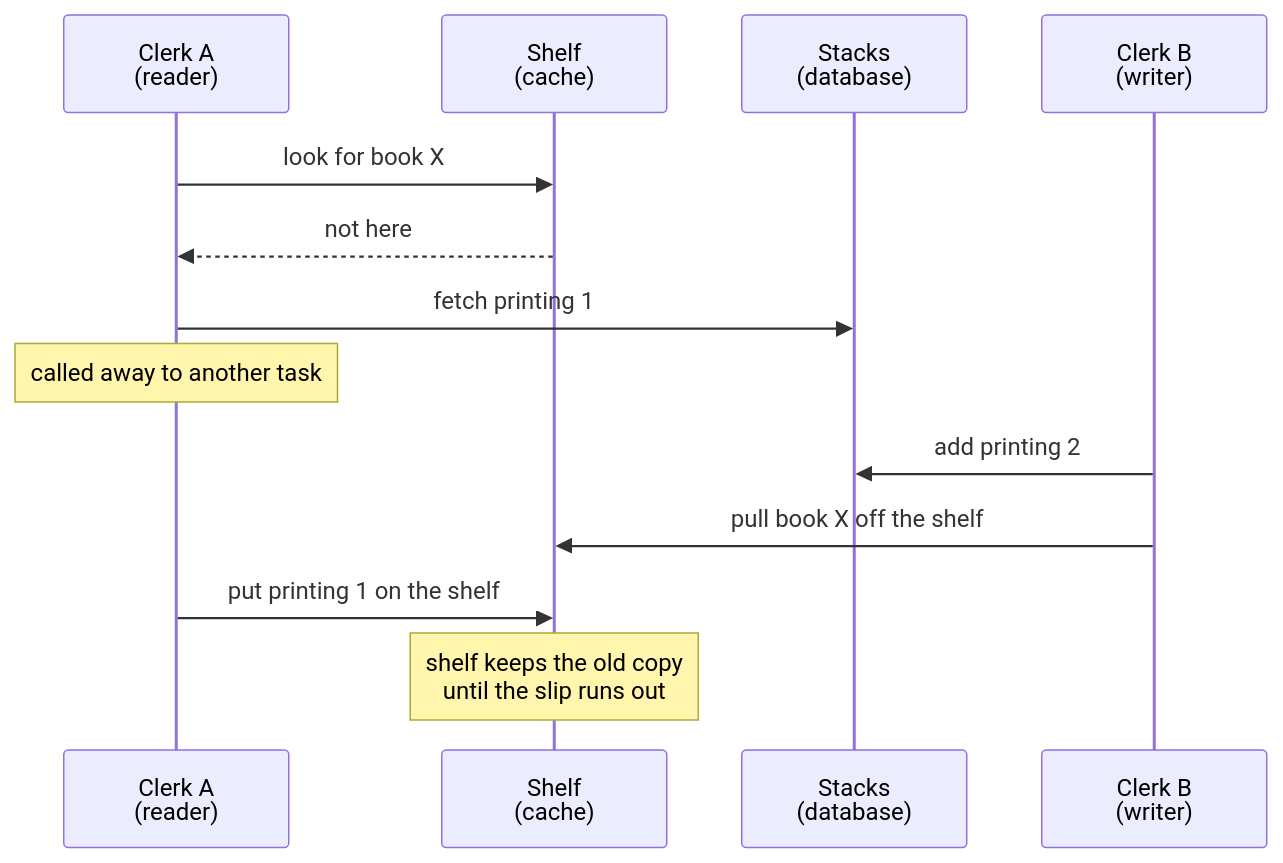
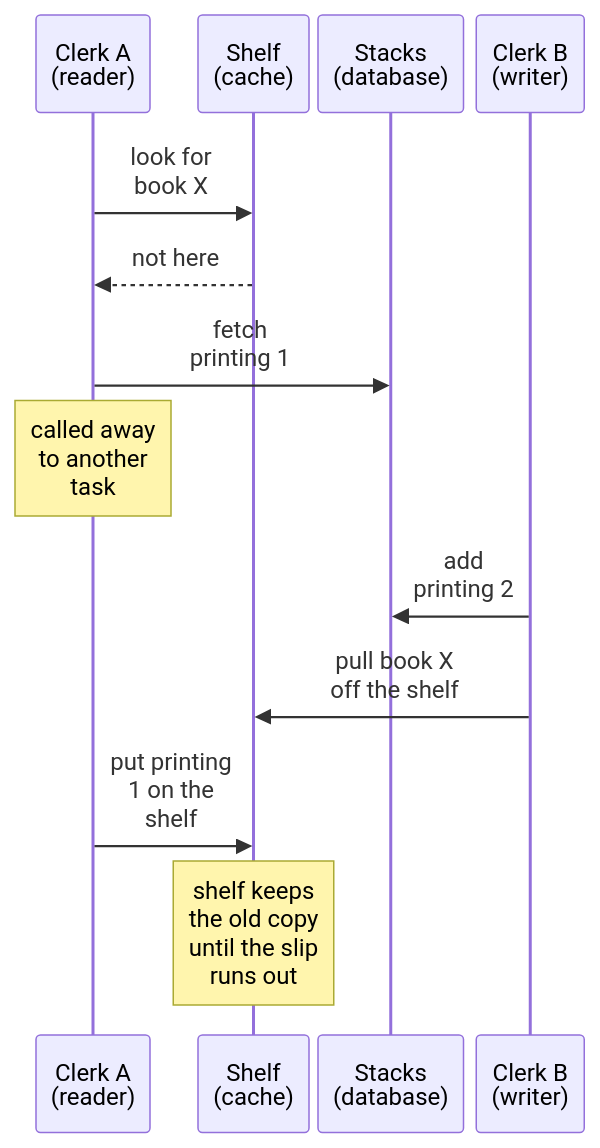
The diagram in content/en/posts/2026-11-22-caching-invalidation.md (duongbui234/software-engineering-atlas), drawn with Mermaid before and after one commit. The commit also changed 134 other files, not shown here.

First line of the commit message:
Fit every Mermaid diagram at 390px without sideways scroll (#56)

````diff
--- a/content/en/posts/2026-11-22-caching-invalidation.md
+++ b/content/en/posts/2026-11-22-caching-invalidation.md
@@ -53,15 +53,16 @@
 ```mermaid
+%%{init: {"sequence": {"width": 60, "actorMargin": 6, "diagramMarginX": 4}}}%%
 sequenceDiagram
     participant R as Clerk A<br/>(reader)
     participant G as Shelf<br/>(cache)
     participant K as Stacks<br/>(database)
     participant W as Clerk B<br/>(writer)
-    R->>G: look for book X
+    R->>G: look for<br/>book X
     G-->>R: not here
-    R->>K: fetch printing 1
-    Note over R: called away to another task
-    W->>K: add printing 2
-    W->>G: pull book X off the shelf
-    R->>G: put printing 1 on the shelf
-    Note over G: shelf keeps the old copy<br/>until the slip runs out
+    R->>K: fetch<br/>printing 1
+    Note over R: called away<br/>to another<br/>task
+    W->>K: add<br/>printing 2
+    W->>G: pull book X<br/>off the shelf
+    R->>G: put printing<br/>1 on the<br/>shelf
+    Note over G: shelf keeps<br/>the old copy<br/>until the slip<br/>runs out
 ```
````
